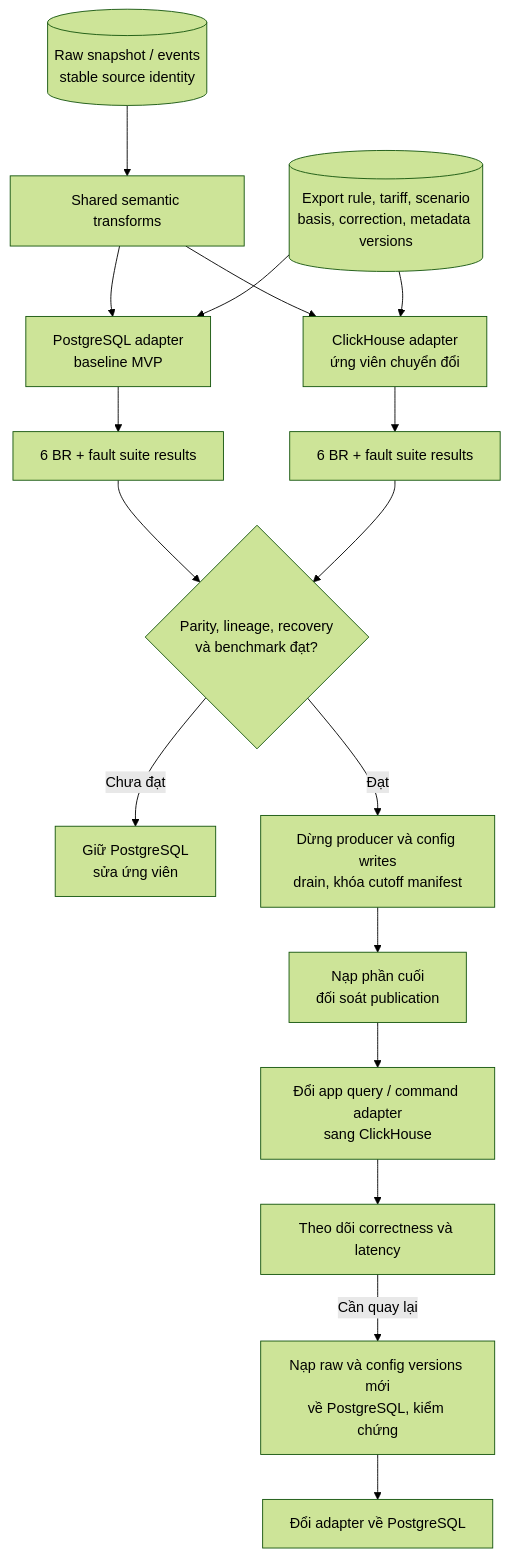
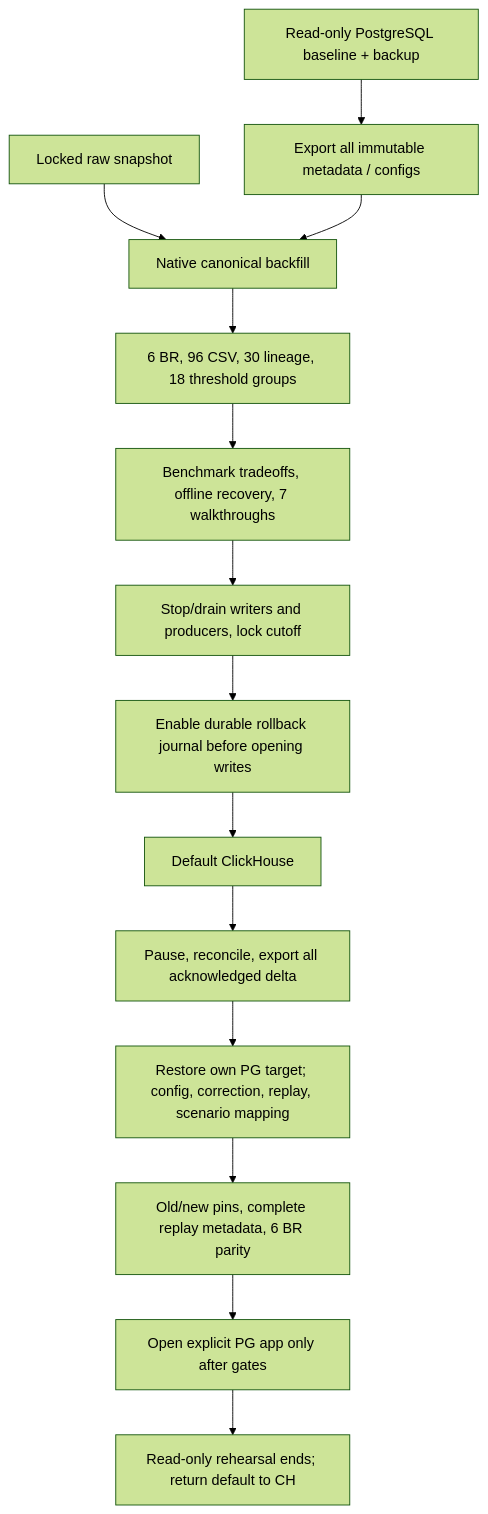
One commit to arcanine525/smart-green-house changed the diagram in docs/architecture/09-clickhouse-migration.md. Above: the diagram before and after it, drawn with Mermaid (forest theme). The commit also changed other lines of this file and 47 other files, not shown here.

Commit message:
Document the native ClickHouse stack and verified delivery evidence

````diff
--- a/docs/architecture/09-clickhouse-migration.md
+++ b/docs/architecture/09-clickhouse-migration.md
@@ -7,22 +8,16 @@
 ```mermaid
 flowchart TB
-    RAW[("Raw snapshot / events<br/>stable source identity")]
-    CONF[("Export rule, tariff, scenario<br/>basis, correction, metadata versions")]
-    SEM["Shared semantic transforms"]
-    RAW --> SEM
-    SEM --> PG["PostgreSQL adapter<br/>baseline MVP"]
-    SEM --> CH["ClickHouse adapter<br/>ứng viên chuyển đổi"]
-    CONF --> PG
-    CONF --> CH
-    PG --> PGR["6 BR + fault suite results"]
-    CH --> CHR["6 BR + fault suite results"]
-    PGR --> CHECK{"Parity, lineage, recovery<br/>và benchmark đạt?"}
-    CHR --> CHECK
-    CHECK -->|"Chưa đạt"| KEEP["Giữ PostgreSQL<br/>sửa ứng viên"]
-    CHECK -->|"Đạt"| FREEZE["Dừng producer và config writes<br/>drain, khóa cutoff manifest"]
-    FREEZE --> DELTA["Nạp phần cuối<br/>đối soát publication"]
-    DELTA --> SWITCH["Đổi app query / command adapter<br/>sang ClickHouse"]
-    SWITCH --> OBS["Theo dõi correctness và latency"]
-    OBS -->|"Cần quay lại"| REPLAY["Nạp raw và config versions mới<br/>về PostgreSQL, kiểm chứng"]
-    REPLAY --> BACK["Đổi adapter về PostgreSQL"]
+    PG["Read-only PostgreSQL baseline + backup"] --> CFG["Export all immutable metadata / configs"]
+    RAW["Locked raw snapshot"] --> LOAD["Native canonical backfill"]
+    CFG --> LOAD
+    LOAD --> PARITY["6 BR, 96 CSV, 30 lineage, 18 threshold groups"]
+    PARITY --> GATES["Benchmark tradeoffs, offline recovery, 7 walkthroughs"]
+    GATES --> CUTOFF["Stop/drain writers and producers, lock cutoff"]
+    CUTOFF --> JOURNAL["Enable durable rollback journal before opening writes"]
+    JOURNAL --> CH["Default ClickHouse"]
+    CH --> DELTA["Pause, reconcile, export all acknowledged delta"]
+    DELTA --> REVERSE["Restore own PG target; config, correction, replay, scenario mapping"]
+    REVERSE --> VERIFY["Old/new pins, complete replay metadata, 6 BR parity"]
+    VERIFY --> PGAPP["Open explicit PG app only after gates"]
+    PGAPP --> RETURN["Read-only rehearsal ends; return default to CH"]
 ```
````
